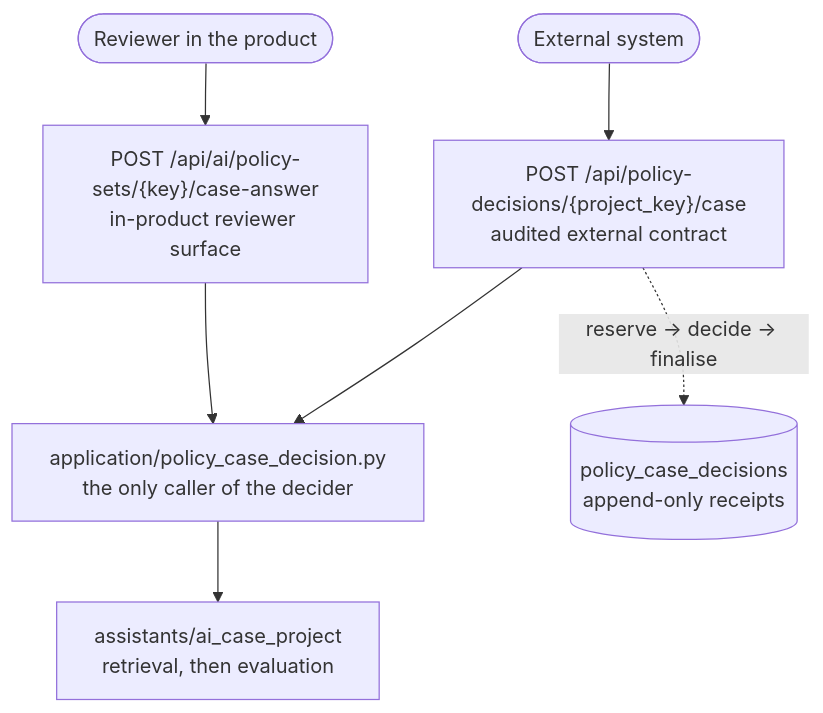
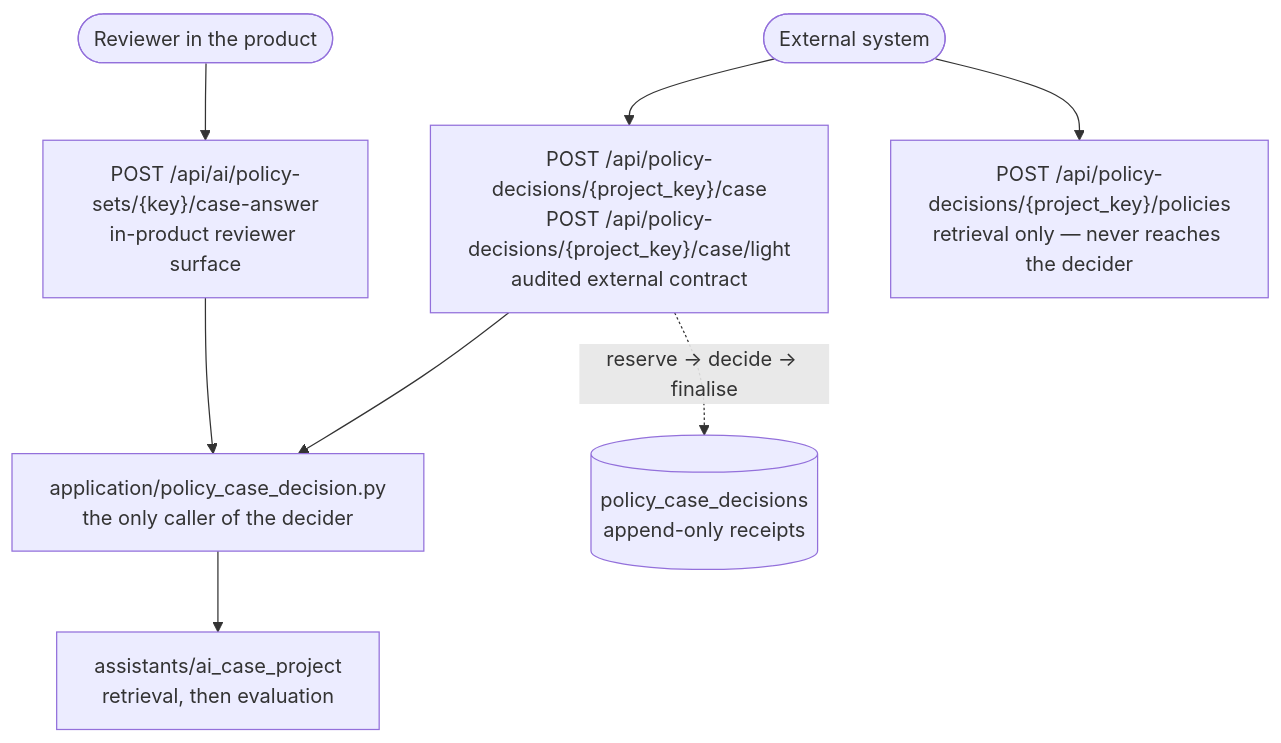
The fourth of 6 diagrams in docs/architecture.md (taomar/policy-governance-engine), drawn with Mermaid before and after one commit. The commit also changed other lines of this file and 15 other files, not shown here.

````diff
--- a/docs/architecture.md
+++ b/docs/architecture.md
@@ -175,17 +175,19 @@
 ```mermaid
 flowchart TD
     Reviewer(["Reviewer in the product"])
     External(["External system"])
 
     Legacy["POST /api/ai/policy-sets/{key}/case-answer<br/>in-product reviewer surface"]
-    Audited["POST /api/policy-decisions/{project_key}/case<br/>audited external contract"]
+    Audited["POST /api/policy-decisions/{project_key}/case<br/>POST /api/policy-decisions/{project_key}/case/light<br/>audited external contract"]
+    Retrieval["POST /api/policy-decisions/{project_key}/policies<br/>retrieval only — never reaches the decider"]
 
     App["application/policy_case_decision.py<br/>the only caller of the decider"]
     Decider["assistants/ai_case_project<br/>retrieval, then evaluation"]
     Receipts[("policy_case_decisions<br/>append-only receipts")]
 
     Reviewer --> Legacy --> App
     External --> Audited --> App
+    External --> Retrieval
     App --> Decider
     Audited -. "reserve → decide → finalise" .-> Receipts
 ```
````
